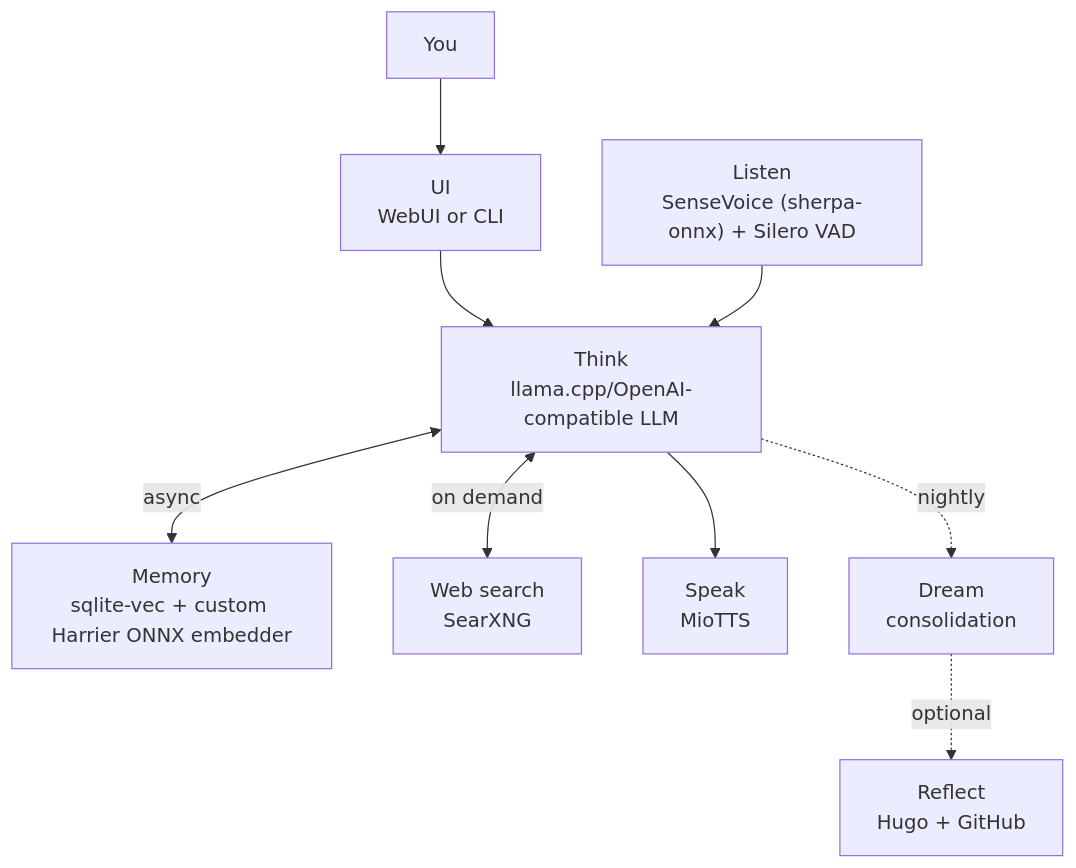
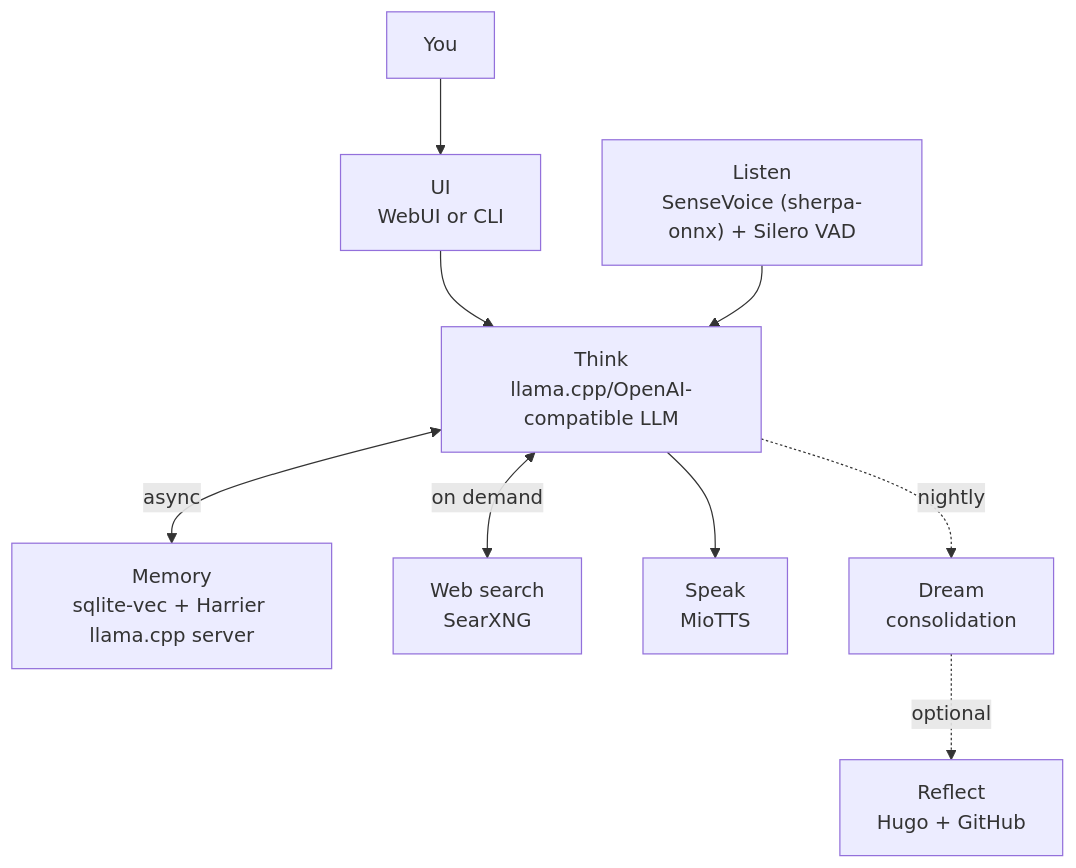
One commit to OppaAI/Aiko-chan changed the diagram in README.md. Above: the diagram before and after it, drawn with Mermaid. The commit also changed other lines of this file, not shown here.

Commit message:
Update memory and embeddings descriptions in README

````diff
--- a/README.md
+++ b/README.md
@@ -131,11 +131,11 @@
 ```mermaid
 flowchart TD
     YOU[You] --> UI[UI\nWebUI or CLI]
     UI --> THINK[Think\nllama.cpp/OpenAI-compatible LLM]
-    THINK <-->|async| MEM[Memory\nsqlite-vec + custom Harrier ONNX embedder]
+    THINK <-->|async| MEM[Memory\nsqlite-vec + Harrier llama.cpp server]
     THINK <-->|on demand| SEARCH[Web search\nSearXNG]
     THINK --> SPEAK[Speak\nMioTTS]
     LISTEN["Listen\nSenseVoice (sherpa-onnx) + Silero VAD"] --> THINK
     THINK -.->|nightly| DREAM[Dream\nconsolidation]
     DREAM -.->|optional| REFLECT[Reflect\nHugo + GitHub]
 ```
````
